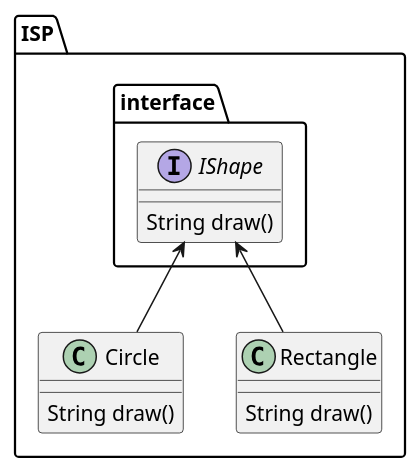
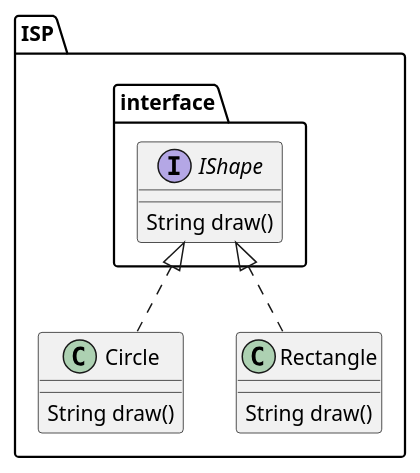
The diagram in ISP/ISP.pu (RyoMa99/SOLID), drawn with PlantUML before and after one commit. The commit also changed 7 other files, not shown here.

```diff
--- a/ISP/ISP.pu
+++ b/ISP/ISP.pu
@@ -1,20 +1,20 @@
 @startuml ISP
   package ISP {
     package interface {
       interface IShape {
         String draw()
       }
     }
 
     class Circle {
       String draw()
     }
 
     class Rectangle{
       String draw()
     }
 
-    IShape <-- Circle
-    IShape <-- Rectangle
+    IShape <|.. Circle
+    IShape <|.. Rectangle
   }
 @enduml
```
